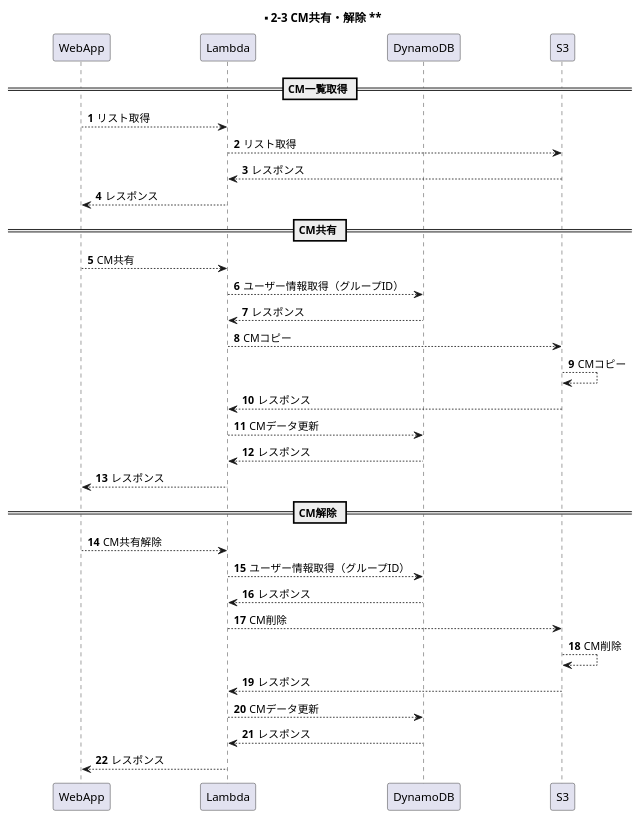
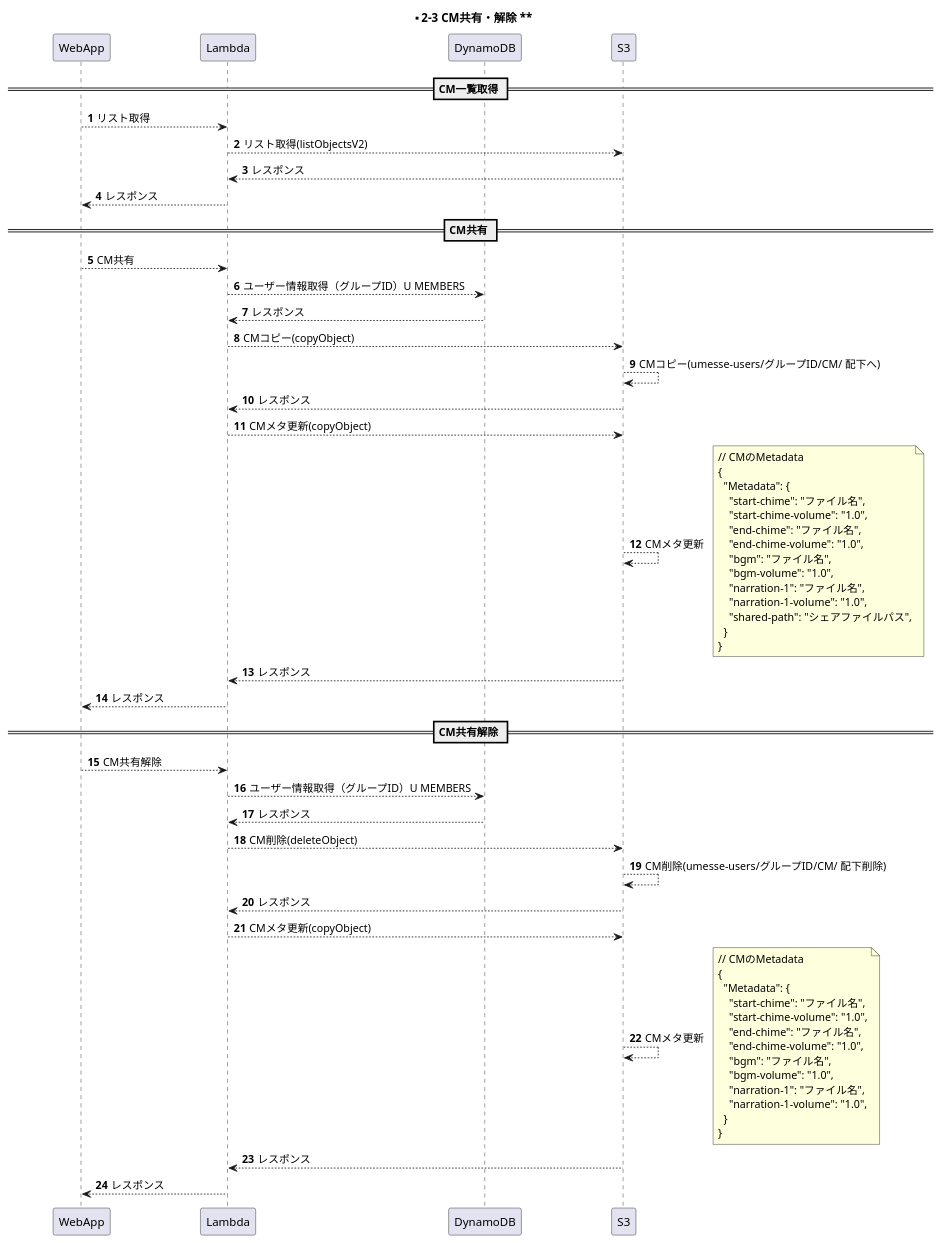
Before and after one commit to y-watanabe-usen/umesse-test: the diagram in documents/uml/s2-3.wsd, drawn with PlantUML. The commit also changed 13 other files, not shown here.

```diff
--- a/documents/uml/s2-3.wsd
+++ b/documents/uml/s2-3.wsd
@@ -1,40 +1,73 @@
 @startuml s2-3
 
 participant WebApp order 1
 participant Lambda order 2
 participant DynamoDB order 3
 participant S3 order 4
 skinparam ParticipantPadding 50
 autonumber
 
 title ** 2-3 CM共有・解除 **
 
 == CM一覧取得 ==
 WebApp --> Lambda: リスト取得
-Lambda --> S3: リスト取得
+Lambda --> S3: リスト取得(listObjectsV2)
 Lambda <-- S3: レスポンス
 WebApp <-- Lambda: レスポンス
 
 == CM共有 ==
 WebApp --> Lambda: CM共有
-Lambda --> DynamoDB: ユーザー情報取得（グループID）
+Lambda --> DynamoDB: ユーザー情報取得（グループID）U MEMBERS
 Lambda <-- DynamoDB: レスポンス
-Lambda --> S3: CMコピー
-S3 --> S3: CMコピー
+Lambda --> S3: CMコピー(copyObject)
+S3 --> S3: CMコピー(umesse-users/グループID/CM/ 配下へ)
 Lambda <-- S3: レスポンス
-Lambda --> DynamoDB: CMデータ更新
-Lambda <-- DynamoDB: レスポンス
+Lambda --> S3: CMメタ更新(copyObject)
+S3 --> S3: CMメタ更新
+note right
+// CMのMetadata
+{
+  "Metadata": {
+    "start-chime": "ファイル名",
+    "start-chime-volume": "1.0",
+    "end-chime": "ファイル名",
+    "end-chime-volume": "1.0",
+    "bgm": "ファイル名",
+    "bgm-volume": "1.0",
+    "narration-1": "ファイル名",
+    "narration-1-volume": "1.0",
+    "shared-path": "シェアファイルパス",
+  }
+}
+end note
+Lambda <-- S3: レスポンス
 WebApp <-- Lambda: レスポンス
 
-== CM解除 ==
+== CM共有解除 ==
 WebApp --> Lambda: CM共有解除
-Lambda --> DynamoDB: ユーザー情報取得（グループID）
+Lambda --> DynamoDB: ユーザー情報取得（グループID）U MEMBERS
 Lambda <-- DynamoDB: レスポンス
-Lambda --> S3: CM削除
-S3 --> S3: CM削除
+Lambda --> S3: CM削除(deleteObject)
+S3 --> S3: CM削除(umesse-users/グループID/CM/ 配下削除)
 Lambda <-- S3: レスポンス
-Lambda --> DynamoDB: CMデータ更新
-Lambda <-- DynamoDB: レスポンス
+Lambda --> S3: CMメタ更新(copyObject)
+S3 --> S3: CMメタ更新
+note right
+// CMのMetadata
+{
+  "Metadata": {
+    "start-chime": "ファイル名",
+    "start-chime-volume": "1.0",
+    "end-chime": "ファイル名",
+    "end-chime-volume": "1.0",
+    "bgm": "ファイル名",
+    "bgm-volume": "1.0",
+    "narration-1": "ファイル名",
+    "narration-1-volume": "1.0",
+  }
+}
+end note
+Lambda <-- S3: レスポンス
 WebApp <-- Lambda: レスポンス
 
 @enduml
```
